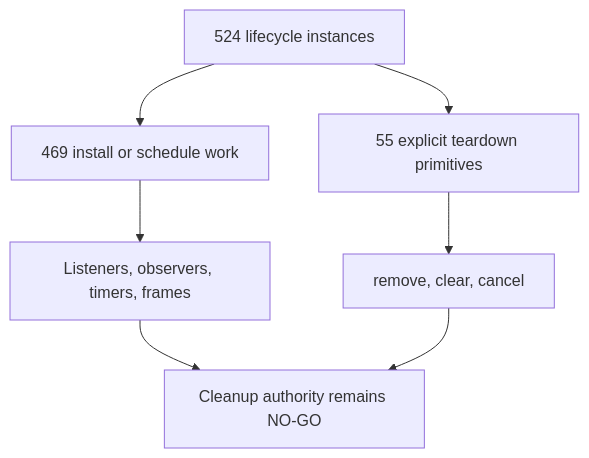
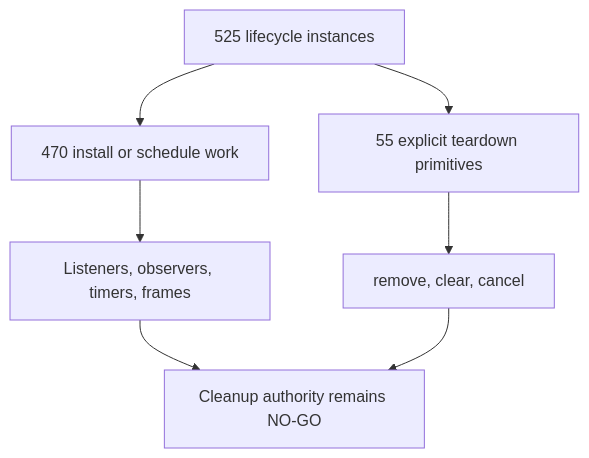
Before and after one commit to varshneydevansh/FilterTube: the first of 47 diagrams in docs/audit/FILTERTUBE_LIFECYCLE_INSTANCE_REGISTER_2026-05-18.md, drawn with Mermaid. The commit also changed other lines of this file and 698 other files, not shown here.

````diff
--- a/docs/audit/FILTERTUBE_LIFECYCLE_INSTANCE_REGISTER_2026-05-18.md
+++ b/docs/audit/FILTERTUBE_LIFECYCLE_INSTANCE_REGISTER_2026-05-18.md
@@ -120,9 +120,9 @@
 ```mermaid
 flowchart TD
-  A["524 lifecycle instances"] --> B["469 install or schedule work"]
+  A["525 lifecycle instances"] --> B["470 install or schedule work"]
   A --> C["55 explicit teardown primitives"]
   B --> D["Listeners, observers, timers, frames"]
   C --> E["remove, clear, cancel"]
   D --> F["Cleanup authority remains NO-GO"]
   E --> F
 ```
````
